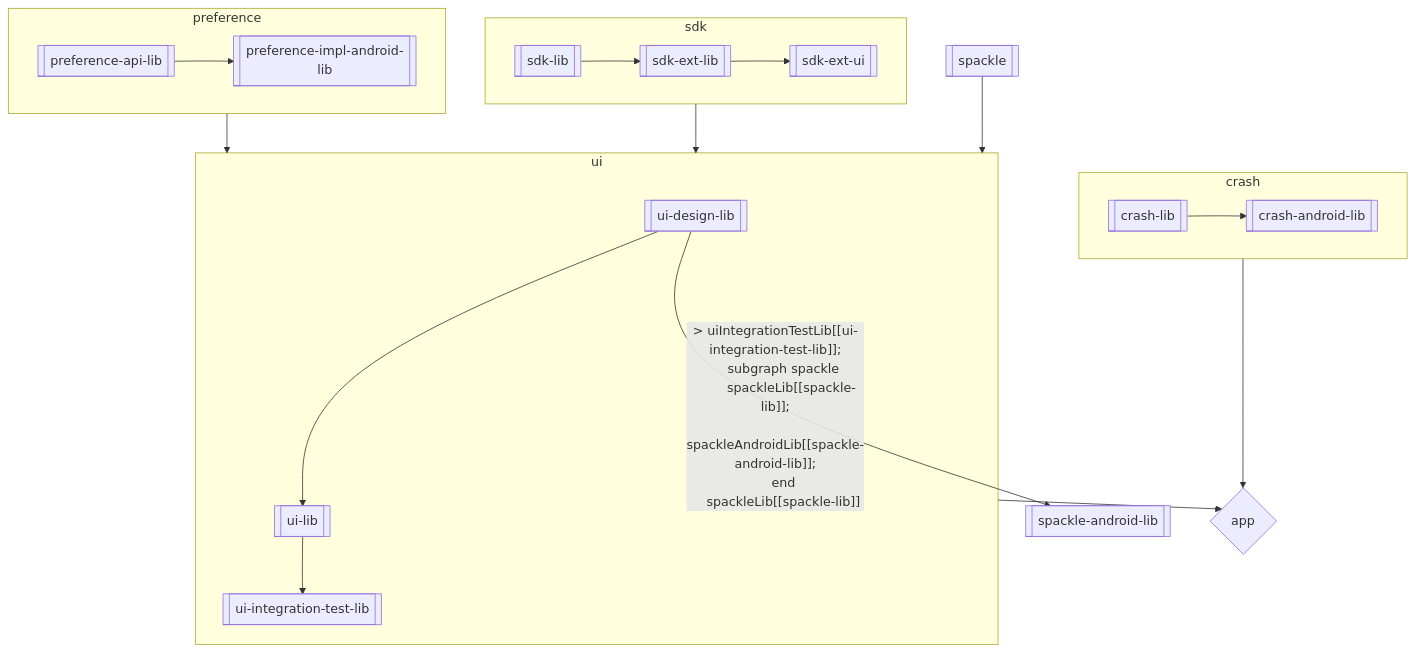
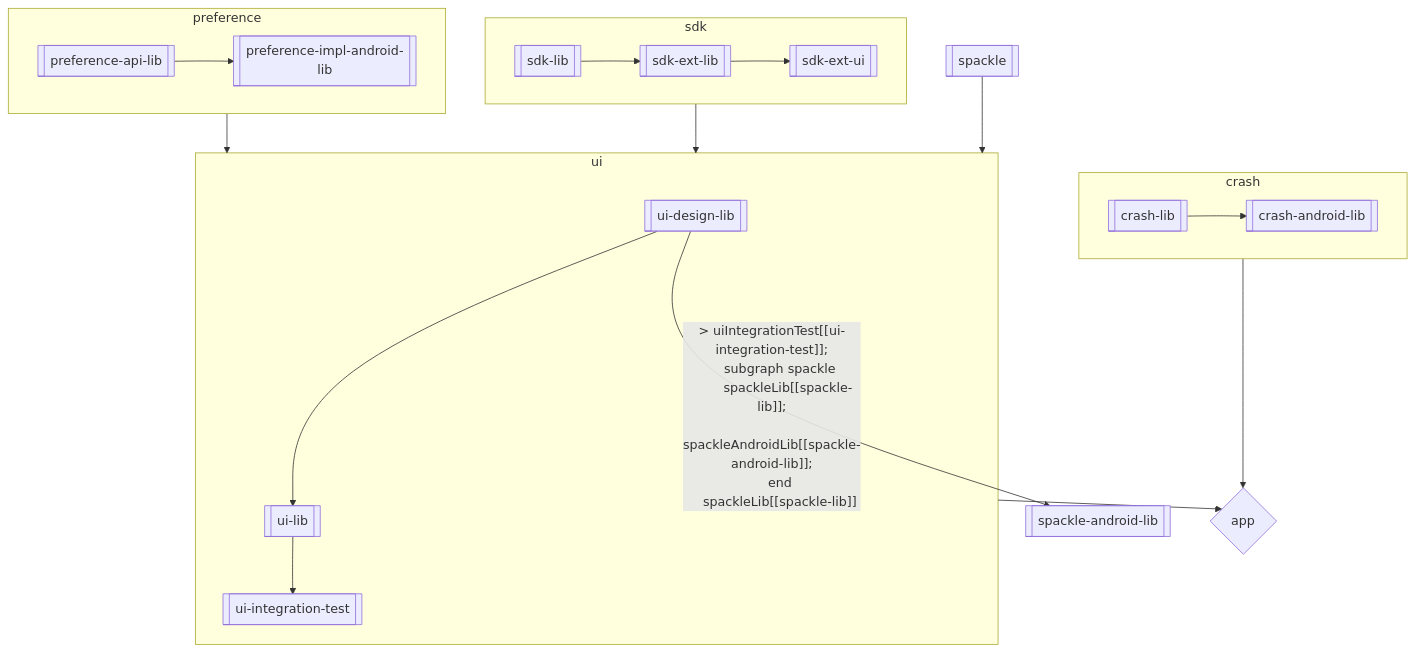
The diagram in docs/Architecture.md (Electric-Coin-Company/zashi-android), drawn with Mermaid before and after one commit. The commit also changed other lines of this file and 14 other files, not shown here.

First line of the commit message:
[#525] Refactoring Integration Test Module

````diff
--- a/docs/Architecture.md
+++ b/docs/Architecture.md
@@ -50,37 +50,37 @@
 ```mermaid
   flowchart TB;
       subgraph sdk
           sdkLib[[sdk-lib]];
           sdkExtLib[[sdk-ext-lib]];
           sdkExtUi[[sdk-ext-ui]];
       end
       sdkLib[[sdk-lib]] --> sdkExtLib[[sdk-ext-lib]] --> sdkExtUi[[sdk-ext-ui]];
       subgraph preference
           preferenceApiLib[[preference-api-lib]];
           preferenceImplAndroidLib[[preference-impl-android-lib]];
       end
       preferenceApiLib[[preference-api-lib]] --> preferenceImplAndroidLib[[preference-impl-android-lib]];
       subgraph crash
           crashLib[[crash-lib]];
           crashAndroidLib[[crash-android-lib]];
       end
       crashLib[[crash-lib]] --> crashAndroidLib[[crash-android-lib]];
       subgraph ui
           uiDesignLib[[ui-design-lib]];
           uiLib[[ui-lib]];
-          uiIntegrationTestLib[[ui-integration-test-lib]];
+          uiIntegrationTest[[ui-integration-test]];
       end
       uiDesignLib[[ui-design-lib]] --> uiLib[[ui-lib]];
-      uiLib[[ui-lib]] --> uiIntegrationTestLib[[ui-integration-test-lib]];
-      uiDesignLib[[ui-design-lib]] -- > uiIntegrationTestLib[[ui-integration-test-lib]];
+      uiLib[[ui-lib]] --> uiIntegrationTest[[ui-integration-test]];
+      uiDesignLib[[ui-design-lib]] -- > uiIntegrationTest[[ui-integration-test]];
       subgraph spackle
           spackleLib[[spackle-lib]];
           spackleAndroidLib[[spackle-android-lib]];
       end
       spackleLib[[spackle-lib]] --> spackleAndroidLib[[spackle-android-lib]];
       preference --> ui[[ui]];
       sdk --> ui[[ui]];
       spackle[[spackle]] --> ui[[ui]];
       ui[[ui]] --> app{app};
       crash[[crash]] --> app{app};
 ```
````
